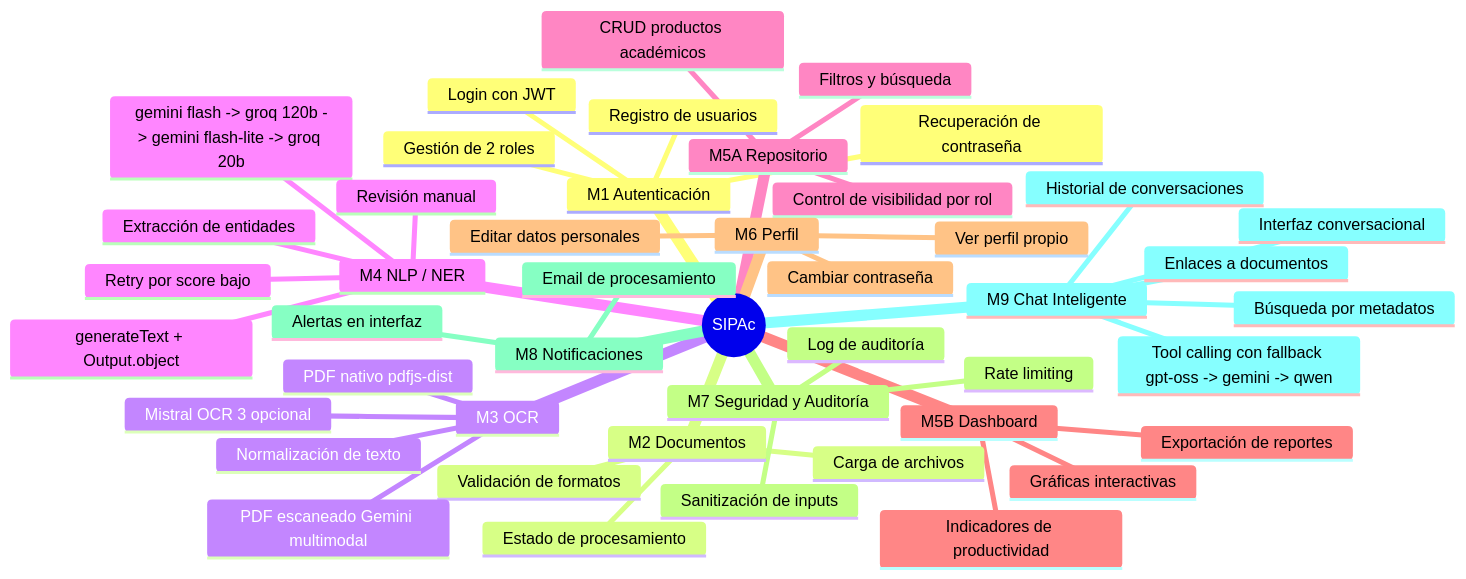
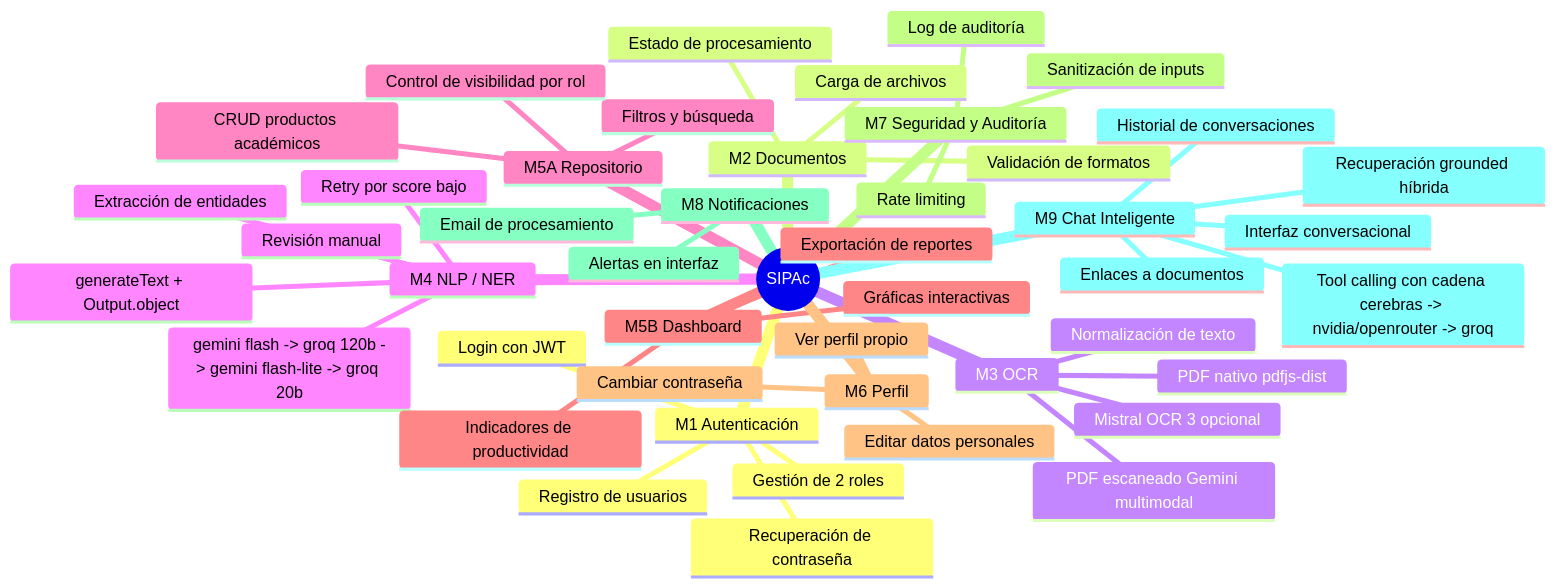
Before and after one commit to KarloZ7715/SIPAc: the first of 3 diagrams in docs/analisis-diseno/documentacion/02-requisitos-funcionales.md, drawn with Mermaid. The commit also changed other lines of this file and 3 other files, not shown here.

````diff
--- a/docs/analisis-diseno/documentacion/02-requisitos-funcionales.md
+++ b/docs/analisis-diseno/documentacion/02-requisitos-funcionales.md
@@ -90,52 +91,52 @@
 ```mermaid
 ---
 id: 37baaeb4-dadb-4c3c-bf5e-b237b92bd6ce
 ---
 mindmap
   root((SIPAc))
     M1 Autenticación
       Registro de usuarios
       Login con JWT
       Gestión de 2 roles
       Recuperación de contraseña
     M2 Documentos
       Carga de archivos
       Validación de formatos
       Estado de procesamiento
     M3 OCR
       PDF nativo pdfjs-dist
       PDF escaneado Gemini multimodal
       Mistral OCR 3 opcional
       Normalización de texto
     M4 NLP / NER
       generateText + Output.object
       gemini flash -> groq 120b -> gemini flash-lite -> groq 20b
       Extracción de entidades
       Revisión manual
       Retry por score bajo
     M5A Repositorio
       CRUD productos académicos
       Filtros y búsqueda
       Control de visibilidad por rol
     M5B Dashboard
       Indicadores de productividad
       Gráficas interactivas
       Exportación de reportes
     M6 Perfil
       Ver perfil propio
       Editar datos personales
       Cambiar contraseña
     M7 Seguridad y Auditoría
       Sanitización de inputs
       Log de auditoría
       Rate limiting
     M8 Notificaciones
       Email de procesamiento
       Alertas en interfaz
     M9 Chat Inteligente
       Interfaz conversacional
-      Búsqueda por metadatos
-      Tool calling con fallback gpt-oss -> gemini -> qwen
+      Recuperación grounded híbrida
+      Tool calling con cadena cerebras -> nvidia/openrouter -> groq
       Historial de conversaciones
       Enlaces a documentos
 ```
````
